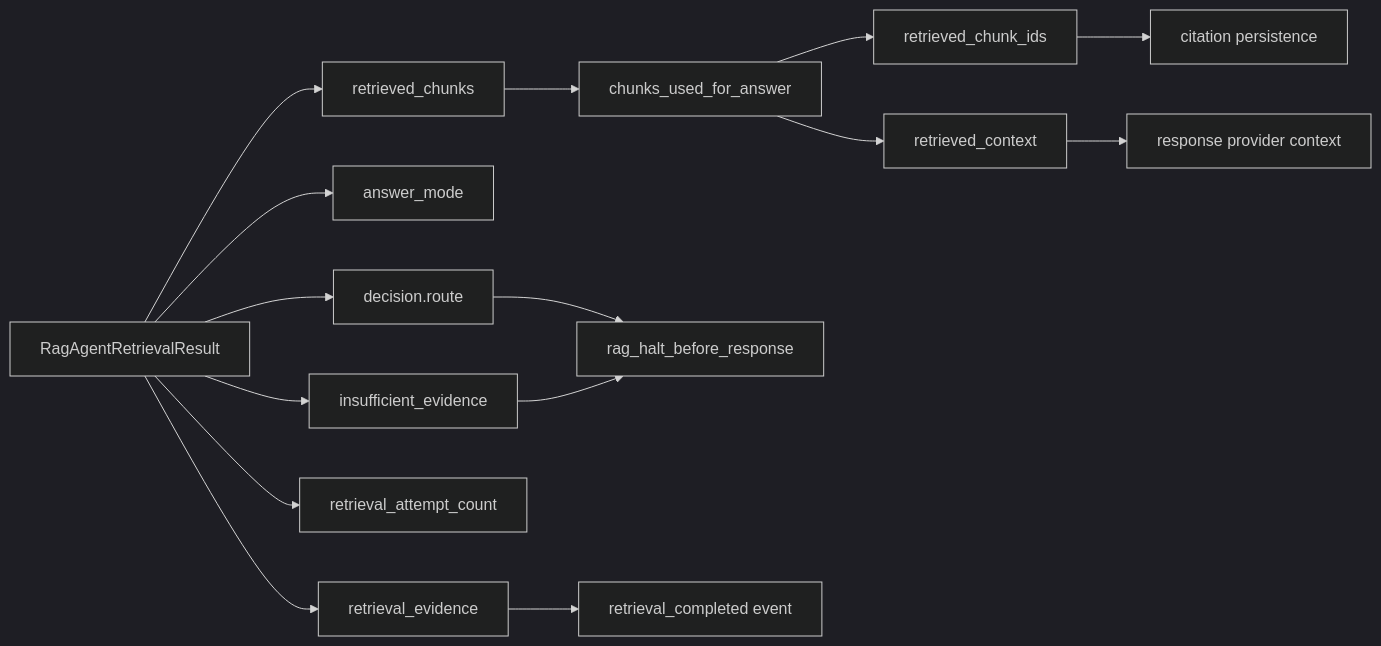
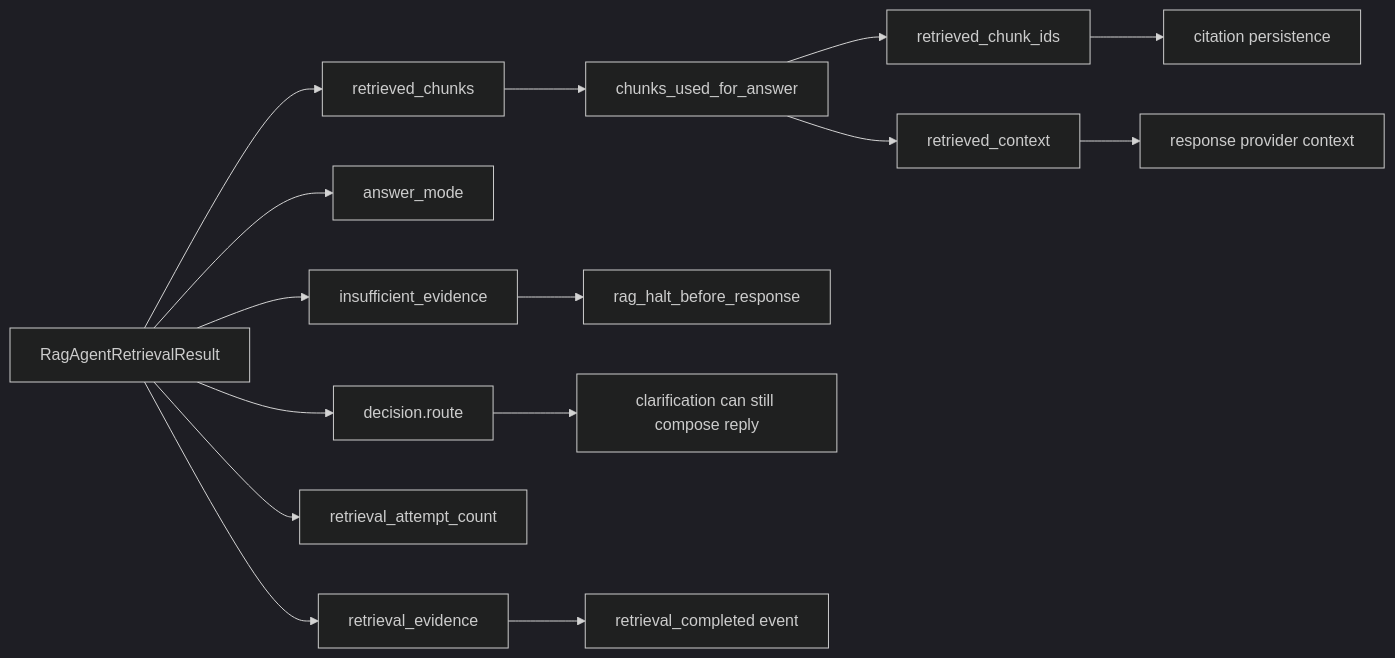
The sixth of 10 diagrams in docs/product-chat-service/en/22-general-assistant-rag-agent-architecture-change-report.md (heecheon92/my-agents), drawn with Mermaid (dark theme) before and after one commit. The commit also changed other lines of this file and 13 other files, not shown here.

First line of the commit message:
Preserve visible assistant replies for RAG clarification

````diff
--- a/docs/product-chat-service/en/22-general-assistant-rag-agent-architecture-change-report.md
+++ b/docs/product-chat-service/en/22-general-assistant-rag-agent-architecture-change-report.md
@@ -264,18 +270,18 @@
 ```mermaid
 flowchart LR
     RAGResult["RagAgentRetrievalResult"] --> Decision["decision.route"]
     RAGResult --> Mode["answer_mode"]
     RAGResult --> Chunks["retrieved_chunks"]
     RAGResult --> Evidence["retrieval_evidence"]
     RAGResult --> Attempts["retrieval_attempt_count"]
     RAGResult --> Sufficiency["insufficient_evidence"]
 
     Chunks --> Filter["chunks_used_for_answer"]
     Filter --> IDs["retrieved_chunk_ids"]
     Filter --> PromptContext["retrieved_context"]
-    Decision --> Halt["rag_halt_before_response"]
-    Sufficiency --> Halt
+    Sufficiency --> Halt["rag_halt_before_response"]
+    Decision --> Continue["clarification can still compose reply"]
     Evidence --> Events["retrieval_completed event"]
     IDs --> Citations["citation persistence"]
     PromptContext --> Response["response provider context"]
 ```
````
